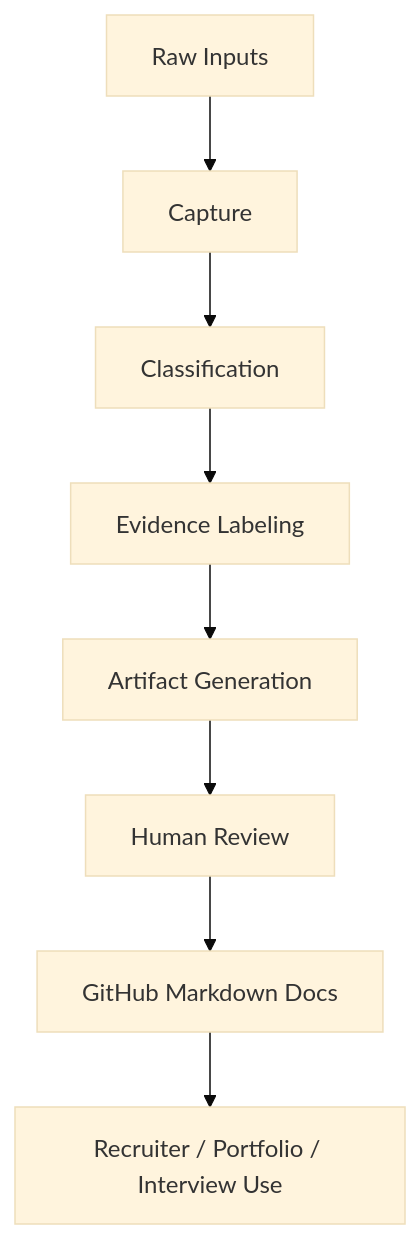
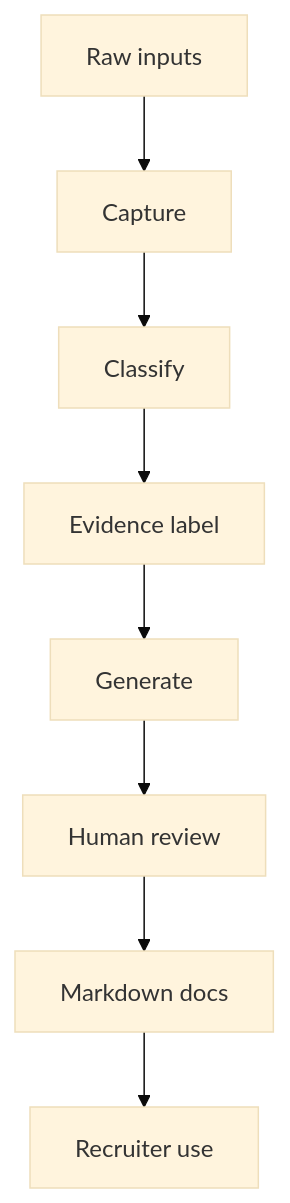
One commit to marcus-uden-dev/ai-native-proof-of-work changed the diagram in architecture/DATA_FLOW.md. Above: the diagram before and after it, drawn with Mermaid (base theme). The commit also changed other lines of this file and 78 other files, not shown here.

Commit message:
Reframe strategy and diagrams around project proof

````diff
--- a/architecture/DATA_FLOW.md
+++ b/architecture/DATA_FLOW.md
@@ -12,10 +12,10 @@
 ```mermaid
 flowchart TD
-    A[Raw Inputs] --> B[Capture]
-    B --> C[Classification]
-    C --> D[Evidence Labeling]
-    D --> E[Artifact Generation]
-    E --> F[Human Review]
-    F --> G[GitHub Markdown Docs]
-    G --> H[Recruiter / Portfolio / Interview Use]
+    A["Raw inputs"] --> B["Capture"]
+    B --> C["Classify"]
+    C --> D["Evidence label"]
+    D --> E["Generate"]
+    E --> F["Human review"]
+    F --> G["Markdown docs"]
+    G --> H["Recruiter use"]
 ```
````
